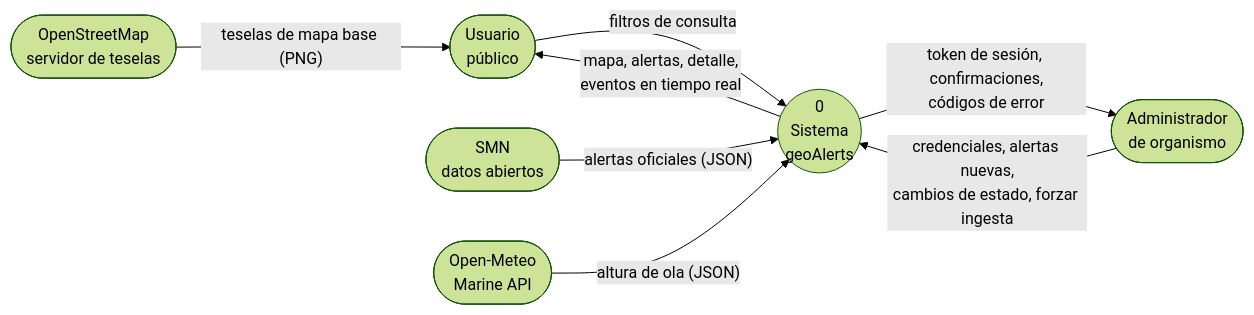
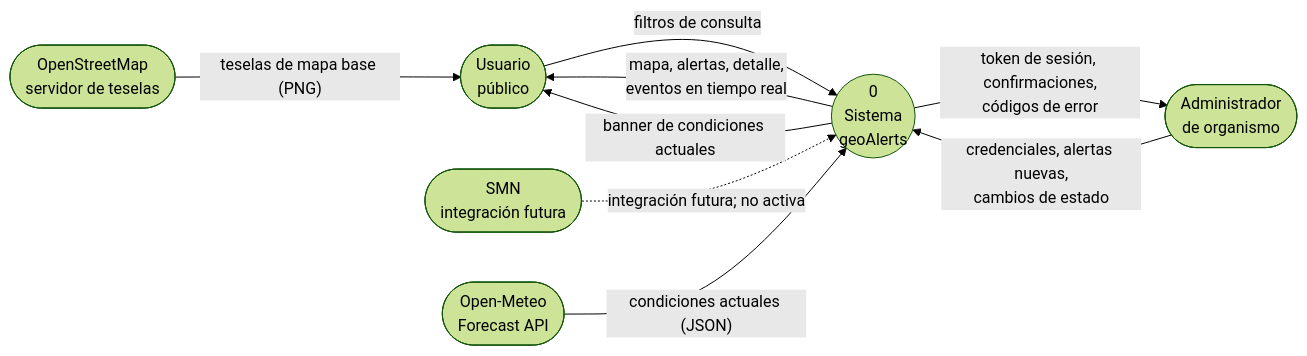
One commit to nachoo08/geoAlerts changed the first of 5 diagrams in docs/01-analisis-factibilidad.md. Above: the diagram before and after it, drawn with Mermaid (forest theme). The commit also changed other lines of this file and 17 other files, not shown here.

````diff
--- a/docs/01-analisis-factibilidad.md
+++ b/docs/01-analisis-factibilidad.md
@@ -98,17 +100,18 @@
 ```mermaid
 flowchart LR
     U([Usuario<br/>público])
     A([Administrador<br/>de organismo])
-    SMN([SMN<br/>datos abiertos])
-    OM([Open-Meteo<br/>Marine API])
+    SMN([SMN<br/>integración futura])
+    OM([Open-Meteo<br/>Forecast API])
     OSM([OpenStreetMap<br/>servidor de teselas])
     S(("0<br/>Sistema<br/>geoAlerts"))
 
     U -- "filtros de consulta" --> S
     S -- "mapa, alertas, detalle,<br/>eventos en tiempo real" --> U
-    A -- "credenciales, alertas nuevas,<br/>cambios de estado, forzar ingesta" --> S
+    A -- "credenciales, alertas nuevas,<br/>cambios de estado" --> S
     S -- "token de sesión, confirmaciones,<br/>códigos de error" --> A
-    SMN -- "alertas oficiales (JSON)" --> S
-    OM -- "altura de ola (JSON)" --> S
+    SMN -. "integración futura; no activa" .-> S
+    OM -- "condiciones actuales (JSON)" --> S
+    S -- "banner de condiciones actuales" --> U
     OSM -- "teselas de mapa base (PNG)" --> U
 ```
````
